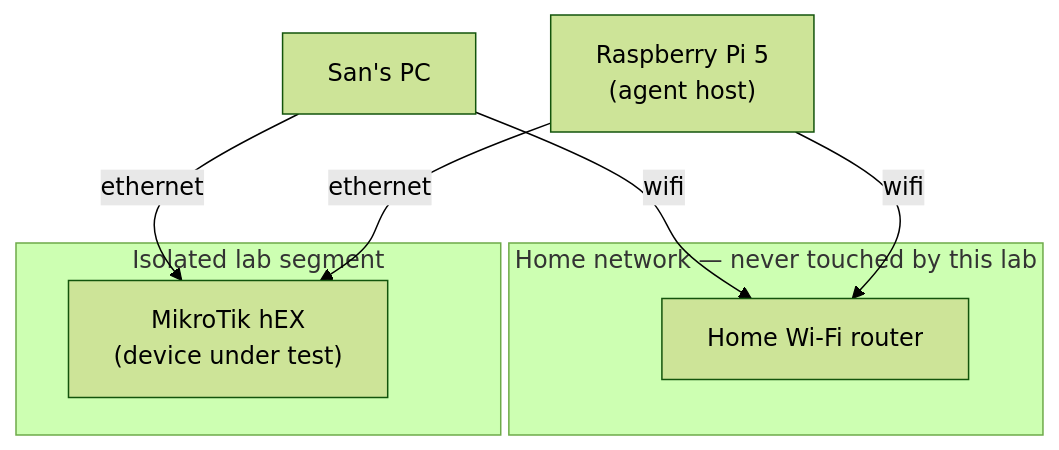
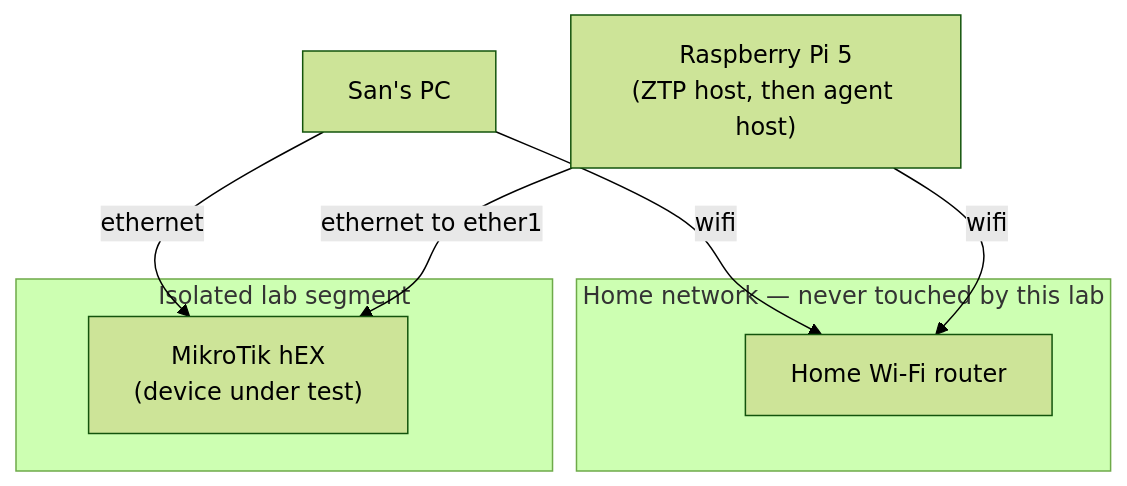
The diagram in README.md (sanlee-ys/netops-lab), drawn with Mermaid (forest theme) before and after one commit. The commit also changed other lines of this file and 6 other files, not shown here.

First line of the commit message:
ADR-005 (Pi as ZTP host) + correct the board to the hEX refresh E50UG (#1)

````diff
--- a/README.md
+++ b/README.md
@@ -31,15 +34,15 @@
 ```mermaid
 graph TB
     subgraph home["Home network — never touched by this lab"]
         HR["Home Wi-Fi router"]
     end
 
     subgraph lab["Isolated lab segment"]
         HEX["MikroTik hEX<br/>(device under test)"]
     end
 
     PC["San's PC"] -- ethernet --> HEX
     PC -- wifi --> HR
-    PI["Raspberry Pi 5<br/>(agent host)"] -- ethernet --> HEX
+    PI["Raspberry Pi 5<br/>(ZTP host, then agent host)"] -- ethernet to ether1 --> HEX
     PI -- wifi --> HR
 ```
````
